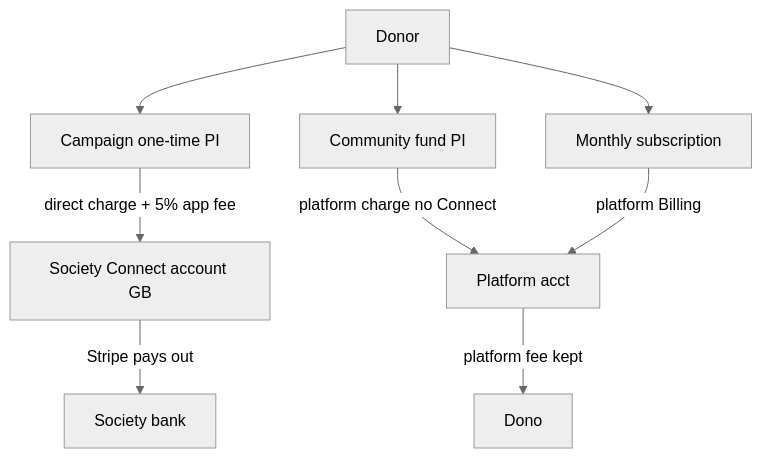
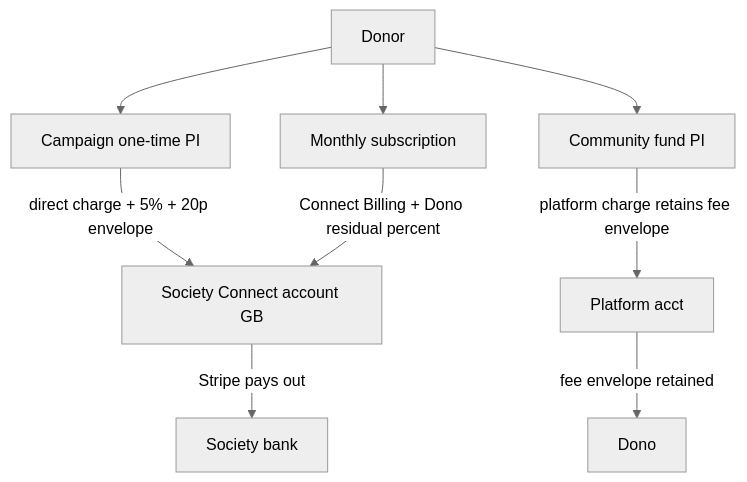
Before and after one commit to jujmun/dono: the diagram in docs/stripe-setup.md, drawn with Mermaid (neutral theme). The commit also changed other lines of this file and 10 other files, not shown here.

````diff
--- a/docs/stripe-setup.md
+++ b/docs/stripe-setup.md
@@ -41,13 +41,13 @@
 ```mermaid
 flowchart TD
   Donor[Donor] --> CampaignPI[Campaign one-time PI]
   Donor --> FundPI[Community fund PI]
   Donor --> Sub[Monthly subscription]
 
-  CampaignPI -->|direct charge + 5% app fee| Connected[Society Connect account GB]
-  FundPI -->|platform charge no Connect| Platform[Platform acct]
-  Sub -->|platform Billing| Platform
+  CampaignPI -->|"direct charge + 5% + 20p envelope"| Connected[Society Connect account GB]
+  FundPI -->|platform charge retains fee envelope| Platform[Platform acct]
+  Sub -->|"Connect Billing + Dono residual percent"| Connected
 
   Connected -->|Stripe pays out| SocietyBank[Society bank]
-  Platform -->|platform fee kept| Dono[Dono]
+  Platform -->|fee envelope retained| Dono[Dono]
 ```
````
